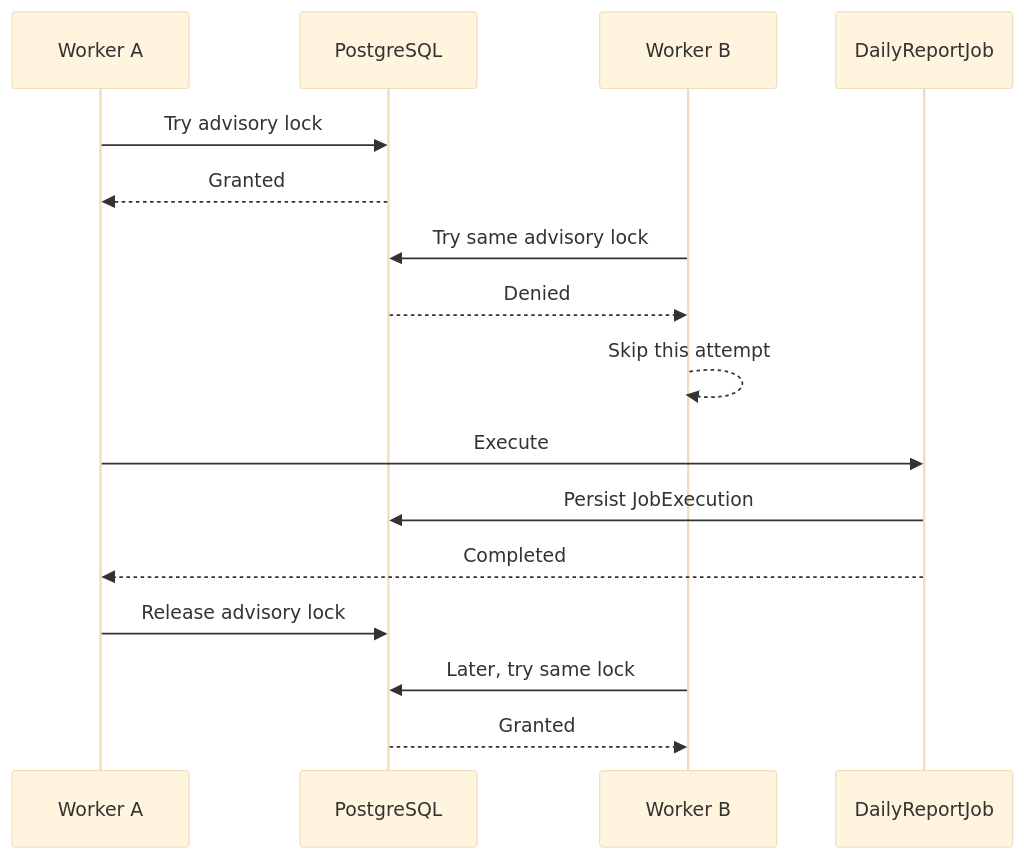
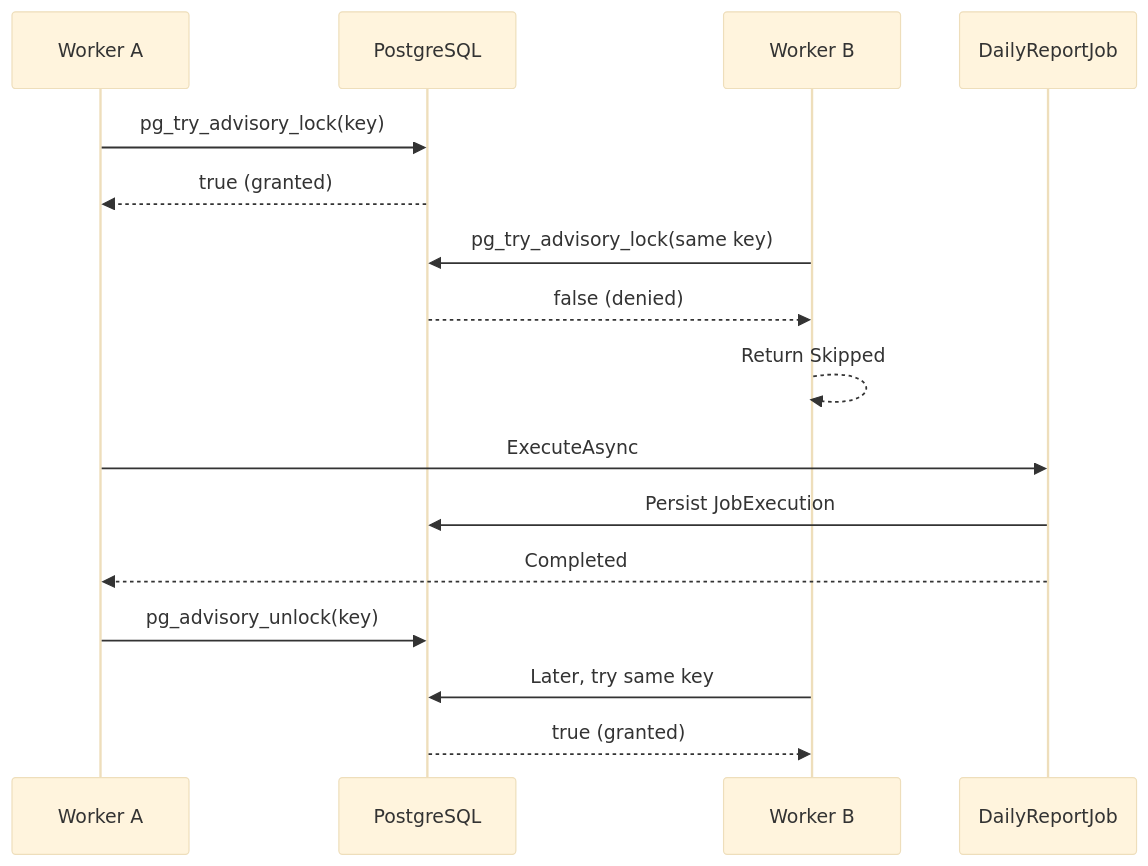
The second of 2 diagrams in 04-distributed-lock/README.md (Luqa1/Engineering-Playground), drawn with Mermaid (base theme) before and after one commit. The commit also changed other lines of this file and 5 other files, not shown here.

````diff
--- a/04-distributed-lock/README.md
+++ b/04-distributed-lock/README.md
@@ -109,19 +351,19 @@
 ```mermaid
 sequenceDiagram
     participant A as Worker A
     participant DB as PostgreSQL
     participant B as Worker B
     participant Job as DailyReportJob
 
-    A->>DB: Try advisory lock
-    DB-->>A: Granted
-    B->>DB: Try same advisory lock
-    DB-->>B: Denied
-    B-->>B: Skip this attempt
-    A->>Job: Execute
+    A->>DB: pg_try_advisory_lock(key)
+    DB-->>A: true (granted)
+    B->>DB: pg_try_advisory_lock(same key)
+    DB-->>B: false (denied)
+    B-->>B: Return Skipped
+    A->>Job: ExecuteAsync
     Job->>DB: Persist JobExecution
     Job-->>A: Completed
-    A->>DB: Release advisory lock
-    B->>DB: Later, try same lock
-    DB-->>B: Granted
+    A->>DB: pg_advisory_unlock(key)
+    B->>DB: Later, try same key
+    DB-->>B: true (granted)
 ```
````
